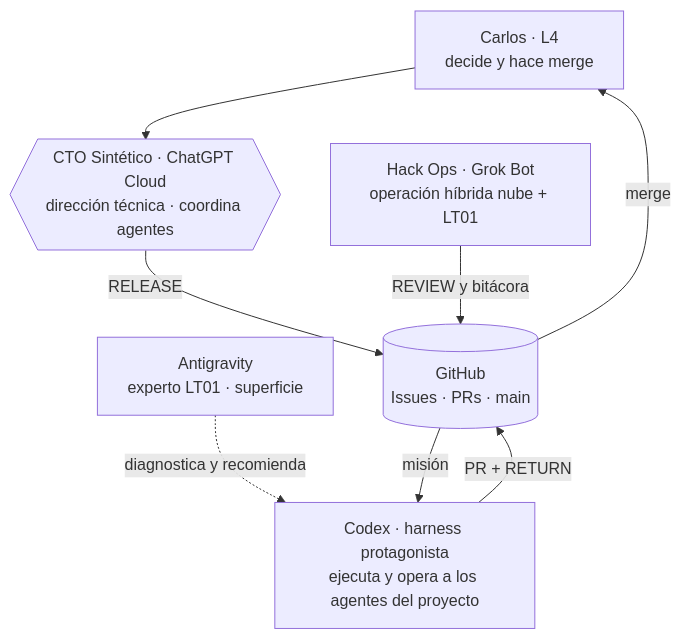
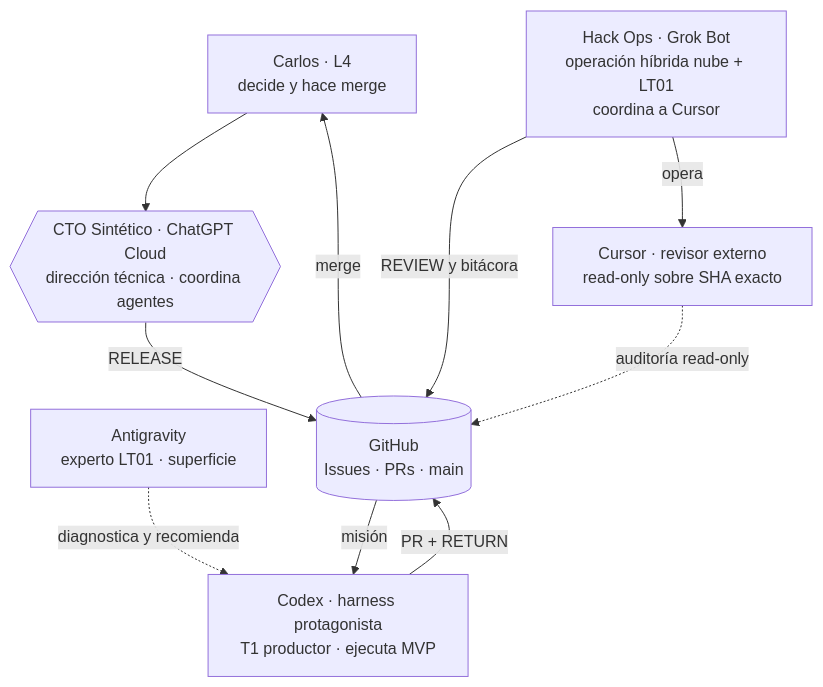
The diagram in docs/SQUAD.md (CarlosSoto92/scribe-recovery-openai), drawn with Mermaid before and after one commit. The commit also changed other lines of this file and 3 other files, not shown here.

````diff
--- a/docs/SQUAD.md
+++ b/docs/SQUAD.md
@@ -8,16 +8,19 @@
 ```mermaid
 flowchart TD
     L4["Carlos · L4<br/>decide y hace merge"]
     CTO{{"CTO Sintético · ChatGPT Cloud<br/>dirección técnica · coordina agentes"}}
-    HO["Hack Ops · Grok Bot<br/>operación híbrida nube + LT01"]
+    HO["Hack Ops · Grok Bot<br/>operación híbrida nube + LT01<br/>coordina a Cursor"]
+    CR["Cursor · revisor externo<br/>read-only sobre SHA exacto"]
     AG["Antigravity<br/>experto LT01 · superficie"]
-    CX["Codex · harness protagonista<br/>ejecuta y opera a los agentes del proyecto"]
+    CX["Codex · harness protagonista<br/>T1 productor · ejecuta MVP"]
     GH[("GitHub<br/>Issues · PRs · main")]
     L4 --> CTO
     CTO -->|RELEASE| GH
     GH -->|misión| CX
     CX -->|PR + RETURN| GH
     HO -->|REVIEW y bitácora| GH
+    HO -->|opera| CR
+    CR -.->|auditoría read-only| GH
     AG -.->|diagnostica y recomienda| CX
     GH -->|merge| L4
 ```
````
